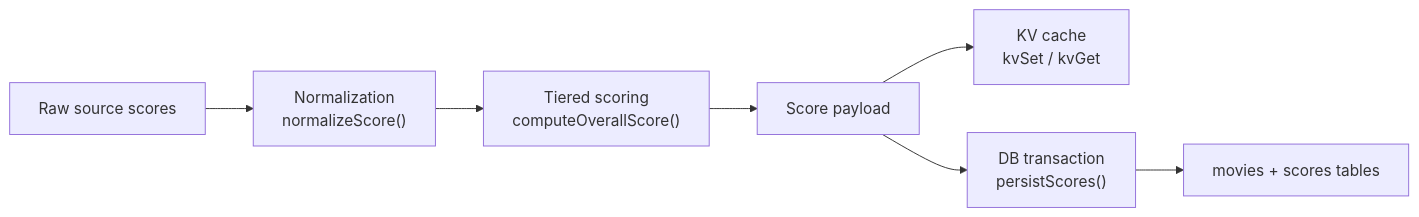
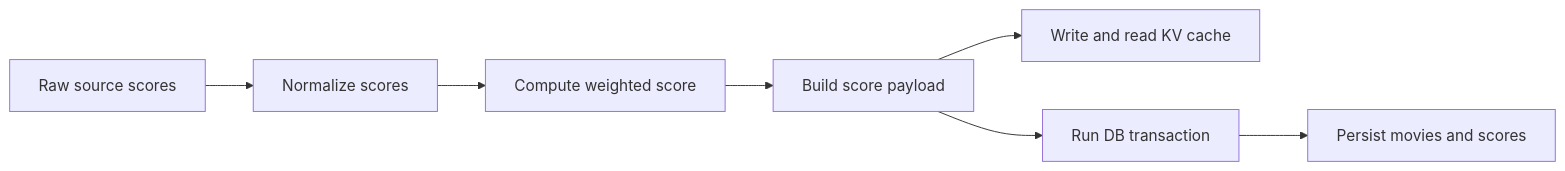
The diagram in README.md (NathanDrake2406/movies-ranking-public-core), drawn with Mermaid before and after one commit.

Commit message:
Simplify Mermaid diagram to GitHub-safe labels

````diff
--- a/README.md
+++ b/README.md
@@ -21,9 +21,9 @@
 ```mermaid
 flowchart LR
-  A["Raw source scores"] --> B["Normalization\nnormalizeScore()"]
-  B --> C["Tiered scoring\ncomputeOverallScore()"]
-  C --> D["Score payload"]
-  D --> E["KV cache\nkvSet / kvGet"]
-  D --> F["DB transaction\npersistScores()"]
-  F --> G["movies + scores tables"]
+  A[Raw source scores] --> B[Normalize scores]
+  B --> C[Compute weighted score]
+  C --> D[Build score payload]
+  D --> E[Write and read KV cache]
+  D --> F[Run DB transaction]
+  F --> G[Persist movies and scores]
 ```
````
